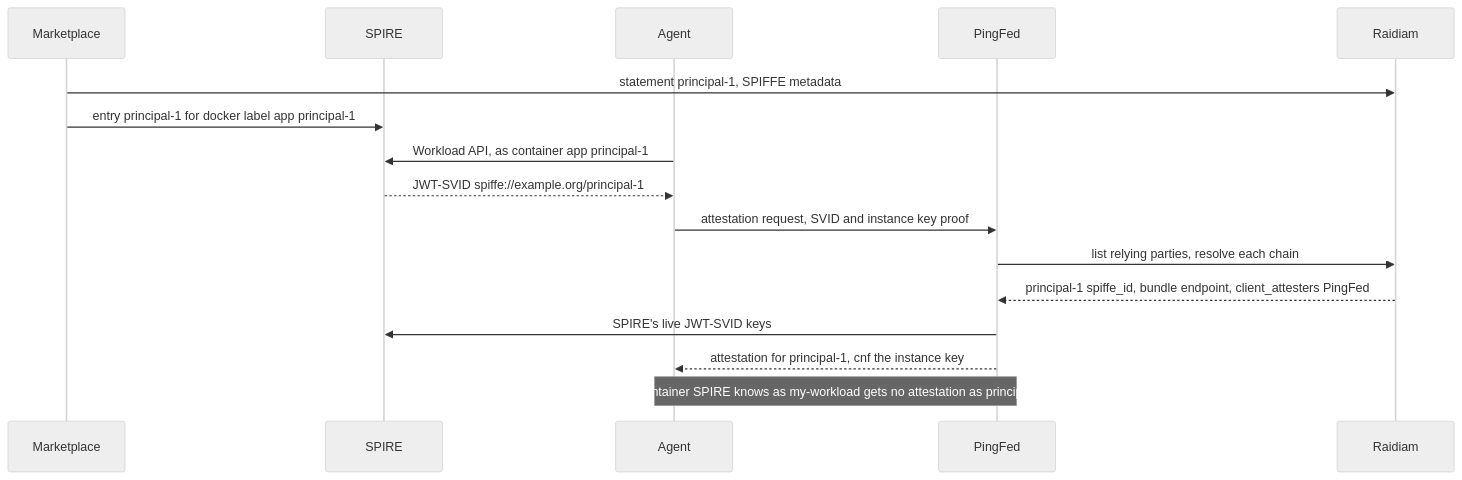
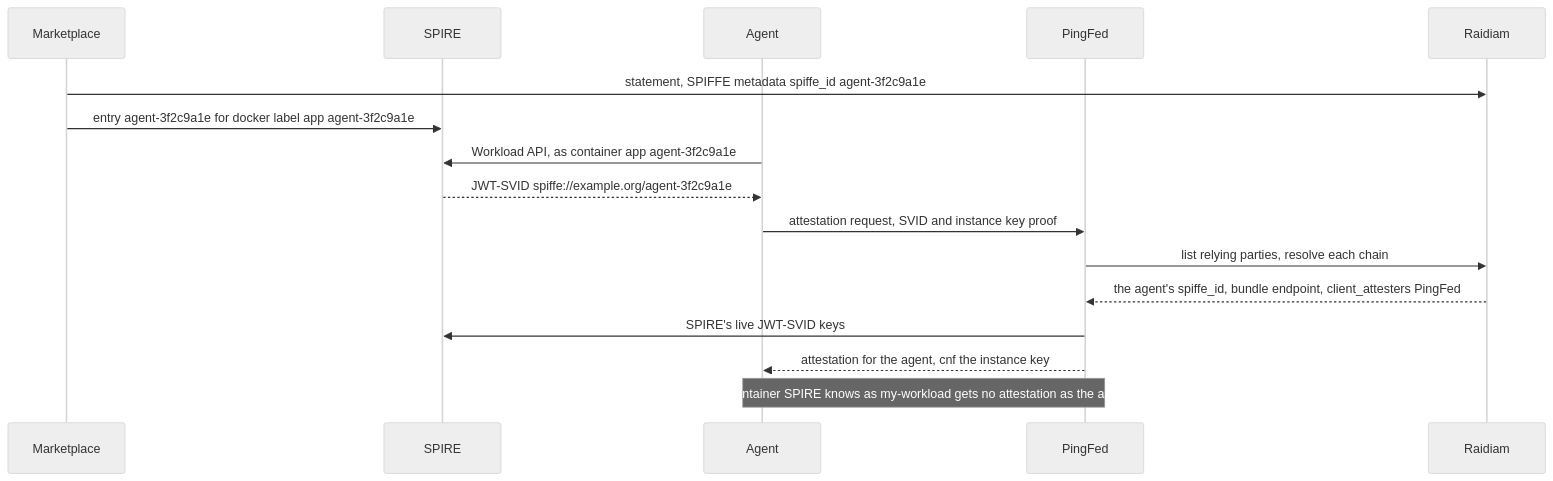
One commit to MC-IDPartners/pf-agentic-identity changed diagram 20 of 21 in demo/flows.md. Above: the diagram before and after it, drawn with Mermaid (neutral theme). The commit also changed other lines of this file and 8 other files, not shown here.

````diff
--- a/demo/flows.md
+++ b/demo/flows.md
@@ -549,18 +570,18 @@
 ```mermaid
 sequenceDiagram
     participant MP as Marketplace
     participant SP as SPIRE
     participant AG as Agent
     participant PF as PingFed
     participant RD as Raidiam
-    MP->>RD: statement principal-1, SPIFFE metadata
-    MP->>SP: entry principal-1 for docker label app principal-1
-    AG->>SP: Workload API, as container app principal-1
-    SP-->>AG: JWT-SVID spiffe://example.org/principal-1
+    MP->>RD: statement, SPIFFE metadata spiffe_id agent-3f2c9a1e
+    MP->>SP: entry agent-3f2c9a1e for docker label app agent-3f2c9a1e
+    AG->>SP: Workload API, as container app agent-3f2c9a1e
+    SP-->>AG: JWT-SVID spiffe://example.org/agent-3f2c9a1e
     AG->>PF: attestation request, SVID and instance key proof
     PF->>RD: list relying parties, resolve each chain
-    RD-->>PF: principal-1 spiffe_id, bundle endpoint, client_attesters PingFed
+    RD-->>PF: the agent's spiffe_id, bundle endpoint, client_attesters PingFed
     PF->>SP: SPIRE's live JWT-SVID keys
-    PF-->>AG: attestation for principal-1, cnf the instance key
-    Note over AG,PF: a container SPIRE knows as my-workload gets no attestation as principal-1
+    PF-->>AG: attestation for the agent, cnf the instance key
+    Note over AG,PF: a container SPIRE knows as my-workload gets no attestation as the agent
 ```
````
